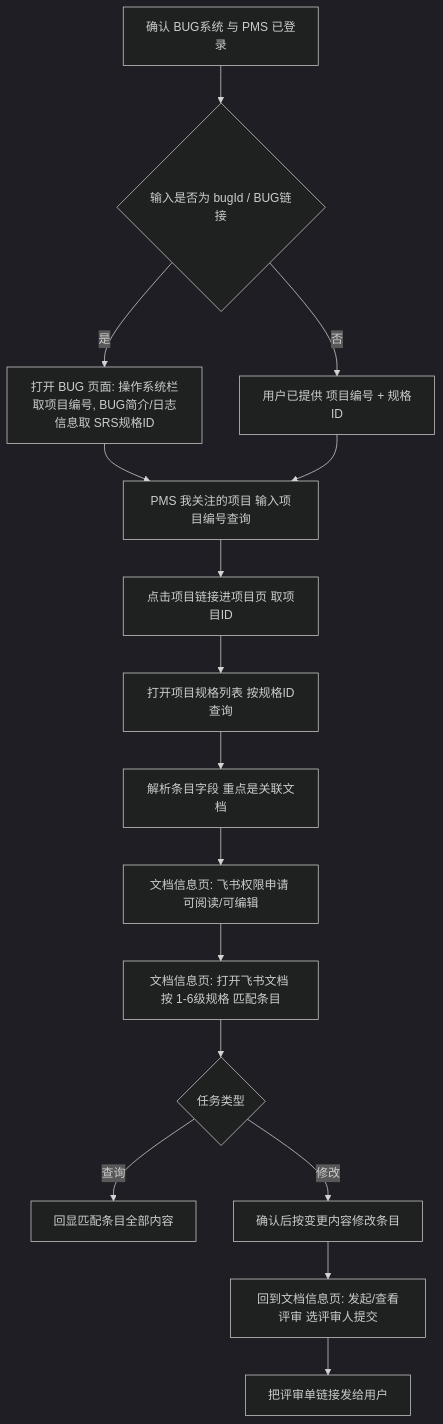
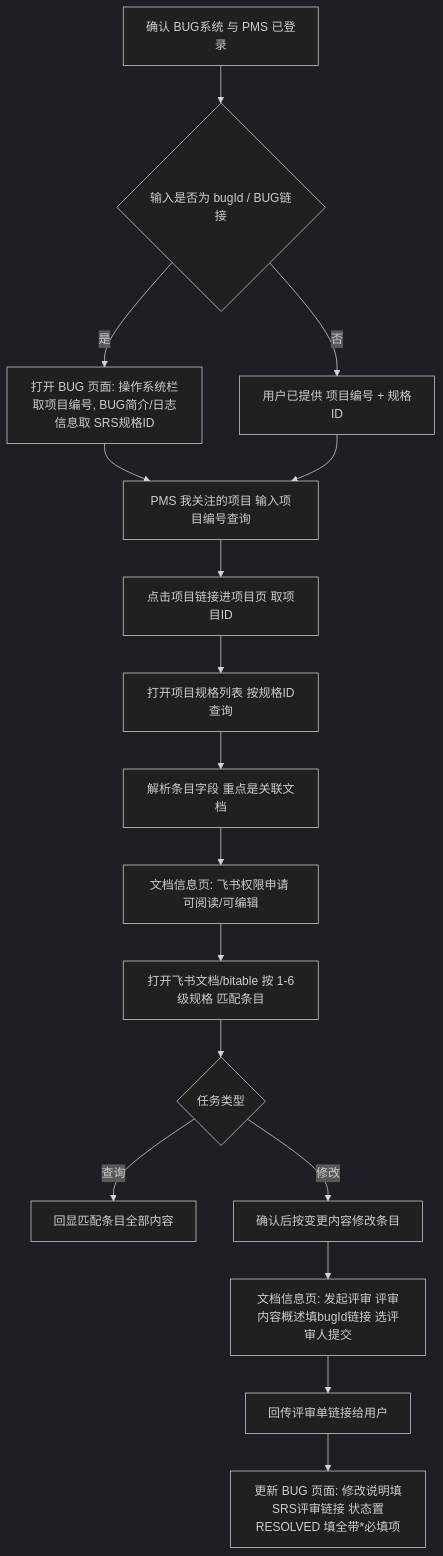
The diagram in srs-spec-manager/SKILL.md (rj-ruanxueyong/my-skills), drawn with Mermaid (dark theme) before and after one commit. The commit also changed other lines of this file and 1 other file, not shown here.

````diff
--- a/srs-spec-manager/SKILL.md
+++ b/srs-spec-manager/SKILL.md
@@ -36,18 +36,19 @@
 ```mermaid
 flowchart TD
     A["确认 BUG系统 与 PMS 已登录"] --> B{"输入是否为 bugId / BUG链接"}
     B -->|是| C["打开 BUG 页面: 操作系统栏取项目编号, BUG简介/日志信息取 SRS规格ID"]
     B -->|否| D["用户已提供 项目编号 + 规格ID"]
     C --> E["PMS 我关注的项目 输入项目编号查询"]
     D --> E
     E --> F["点击项目链接进项目页 取项目ID"]
     F --> G["打开项目规格列表 按规格ID查询"]
     G --> H["解析条目字段 重点是关联文档"]
     H --> I["文档信息页: 飞书权限申请 可阅读/可编辑"]
-    I --> J["文档信息页: 打开飞书文档 按 1-6级规格 匹配条目"]
+    I --> J["打开飞书文档/bitable 按 1-6级规格 匹配条目"]
     J --> K{"任务类型"}
     K -->|查询| L["回显匹配条目全部内容"]
     K -->|修改| M["确认后按变更内容修改条目"]
-    M --> N["回到文档信息页: 发起/查看评审 选评审人提交"]
-    N --> O["把评审单链接发给用户"]
+    M --> N["文档信息页: 发起评审 评审内容概述填bugId链接 选评审人提交"]
+    N --> O["回传评审单链接给用户"]
+    O --> P["更新 BUG 页面: 修改说明填SRS评审链接 状态置RESOLVED 填全带*必填项"]
 ```
````
